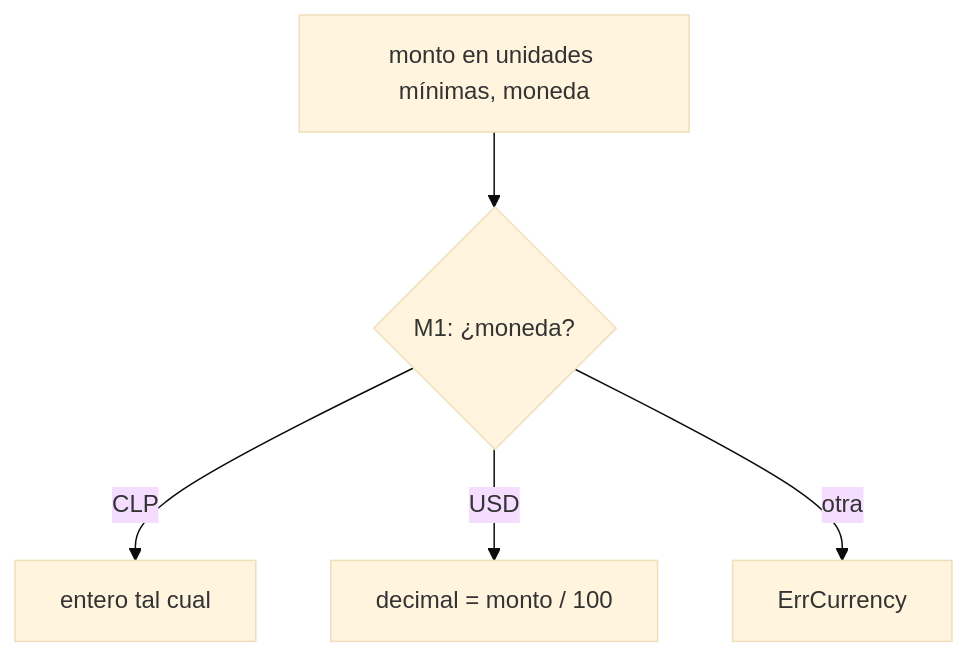
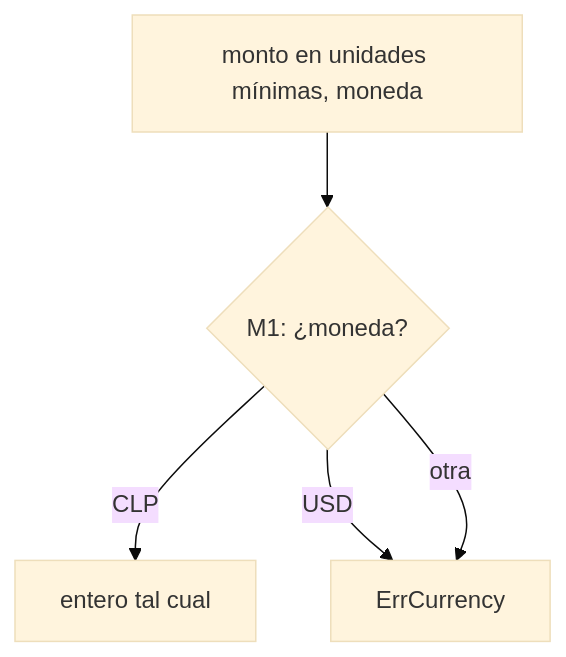
The third of 6 diagrams in docs/diagrams/flows.md (veltylabs/transbank), drawn with Mermaid (base theme) before and after one commit. The commit also changed other lines of this file and 3 other files, not shown here.

Commit message:
docs(transbank): ARCHITECTURE, README y desviación a solo CLP en plan y diagrama

````diff
--- a/docs/diagrams/flows.md
+++ b/docs/diagrams/flows.md
@@ -45,7 +45,7 @@
 ```mermaid
 flowchart TD
     A[monto en unidades mínimas, moneda] --> M1{M1: ¿moneda?}
     M1 -- CLP --> CLP[entero tal cual]
-    M1 -- USD --> USD[decimal = monto / 100]
-    M1 -- otra --> E[ErrCurrency]
+    M1 -- USD --> E[ErrCurrency]
+    M1 -- otra --> E
 ```
````
